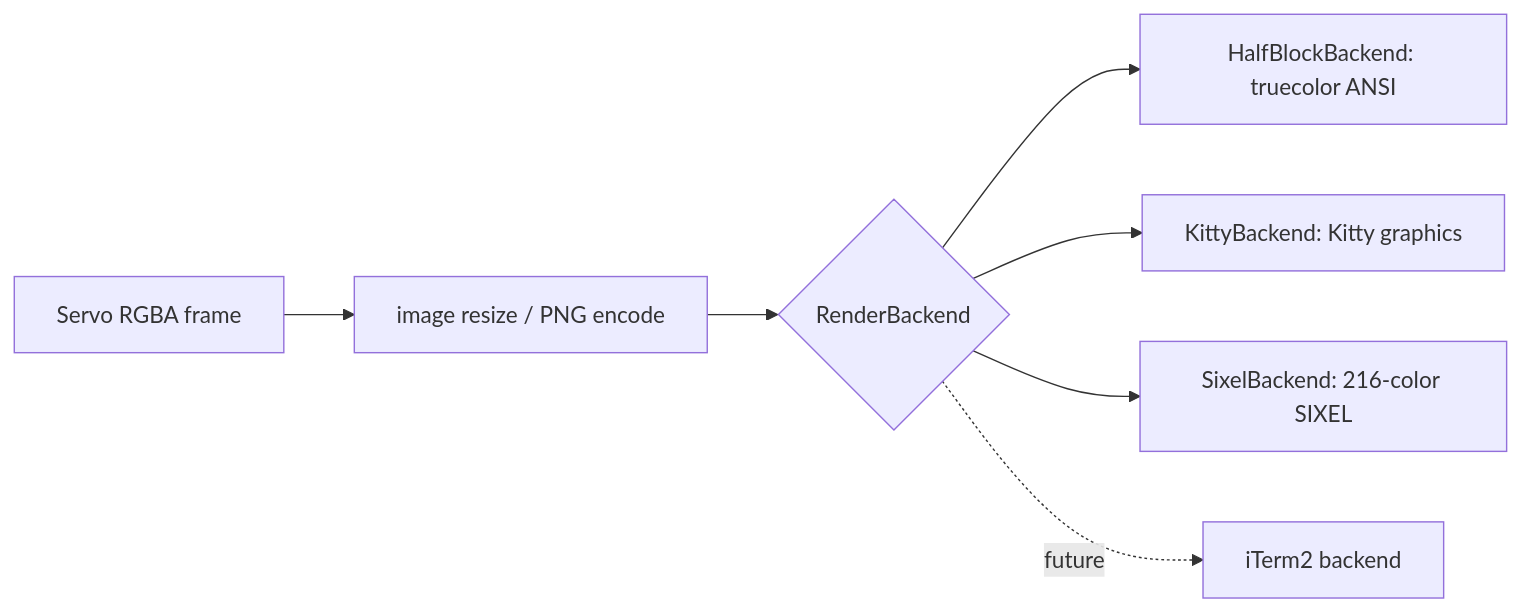
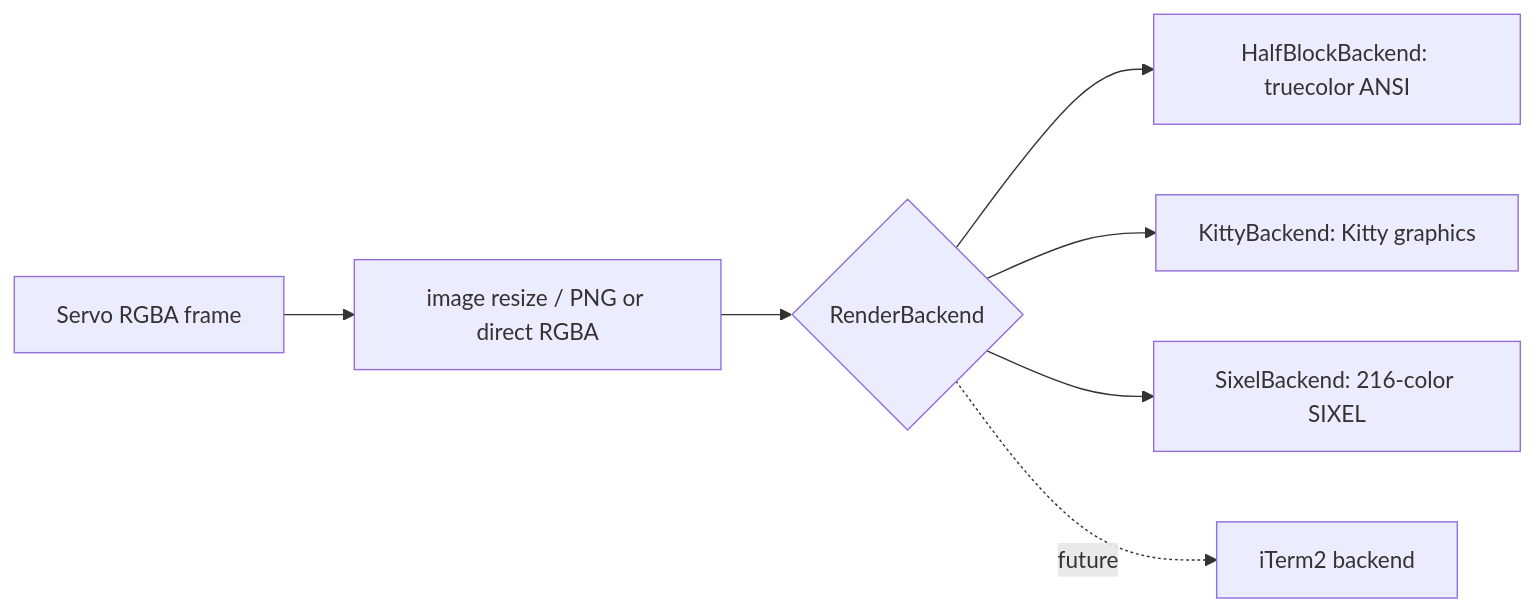
One commit to oyoguhito/fpasobrowser changed the fifth of 5 diagrams in docs/flow.en.md. Above: the diagram before and after it, drawn with Mermaid. The commit also changed 9 other files, not shown here.

````diff
--- a/docs/flow.en.md
+++ b/docs/flow.en.md
@@ -106,9 +106,9 @@
 ```mermaid
 flowchart LR
-    A[Servo RGBA frame] --> B[image resize / PNG encode]
+    A[Servo RGBA frame] --> B[image resize / PNG or direct RGBA]
     B --> C{RenderBackend}
     C --> D[HalfBlockBackend: truecolor ANSI]
     C --> E[KittyBackend: Kitty graphics]
     C --> F[SixelBackend: 216-color SIXEL]
     C -. future .-> G[iTerm2 backend]
 ```
````
